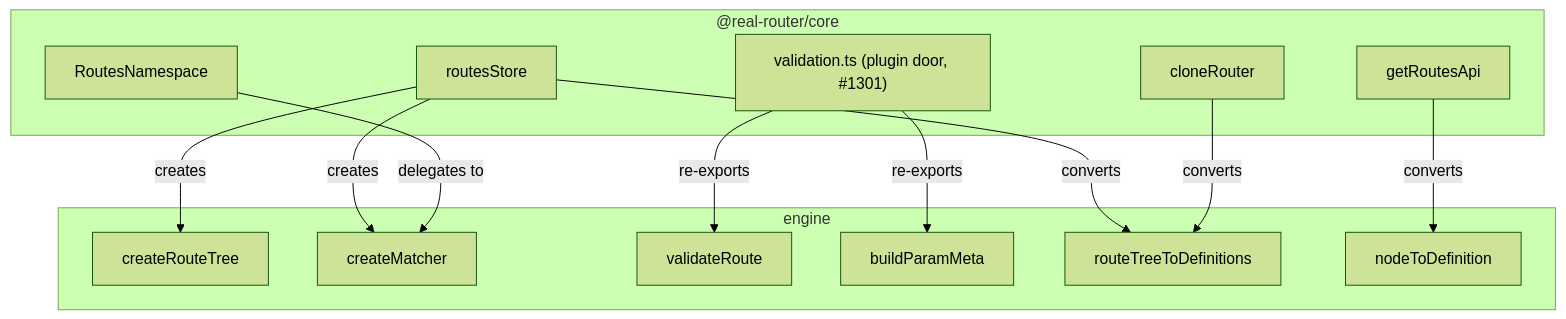
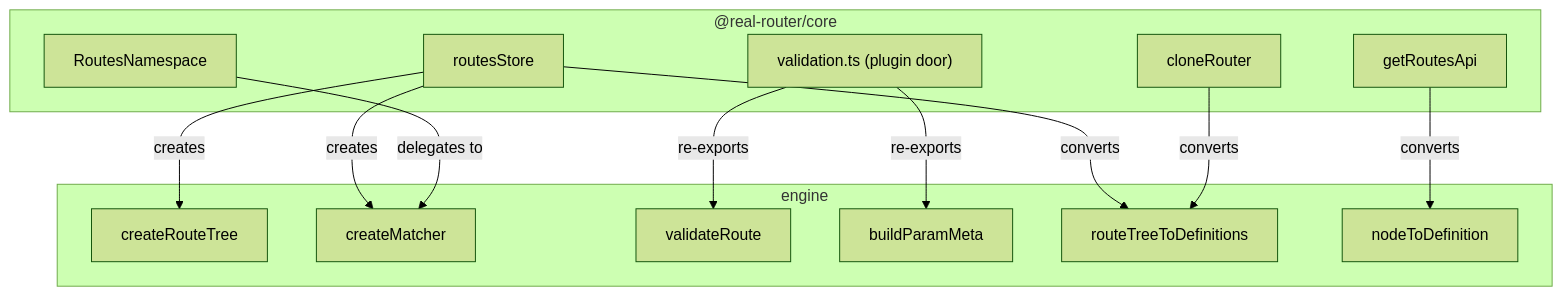
The third of 3 diagrams in packages/core/src/engine/ARCHITECTURE.md (greydragon888/real-router), drawn with Mermaid (forest theme) before and after one commit. The commit also changed other lines of this file and 6 other files, not shown here.

````diff
--- a/packages/core/src/engine/ARCHITECTURE.md
+++ b/packages/core/src/engine/ARCHITECTURE.md
@@ -329,28 +328,28 @@
 ```mermaid
 graph TD
     subgraph core ["@real-router/core"]
         RN[RoutesNamespace]
         RS[routesStore]
-        VAL["validation.ts (plugin door, #1301)"]
+        VAL["validation.ts (plugin door)"]
         GR[getRoutesApi]
         CR[cloneRouter]
     end
 
     subgraph rt [engine]
         CRT[createRouteTree]
         CM[createMatcher]
         VR[validateRoute]
         BPM2[buildParamMeta]
         RTD[routeTreeToDefinitions]
         NTD[nodeToDefinition]
     end
 
     RS -->|creates| CRT
     RS -->|creates| CM
     RS -->|converts| RTD
     VAL -->|re-exports| VR
     VAL -->|re-exports| BPM2
     RN -->|delegates to| CM
     CR -->|converts| RTD
     GR -->|converts| NTD
 ```
````
